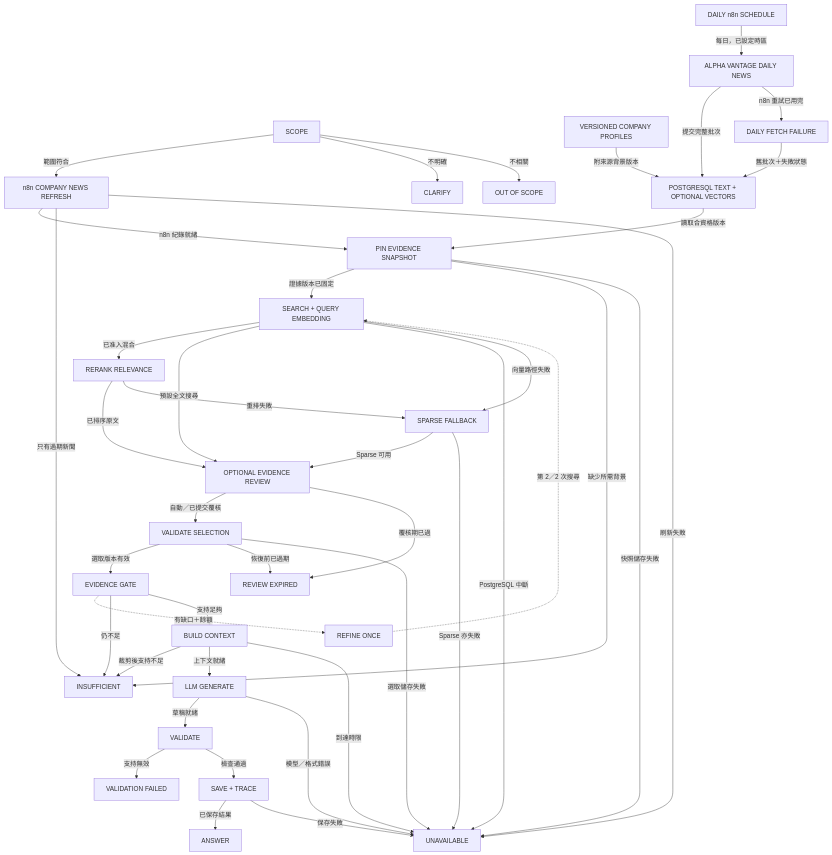
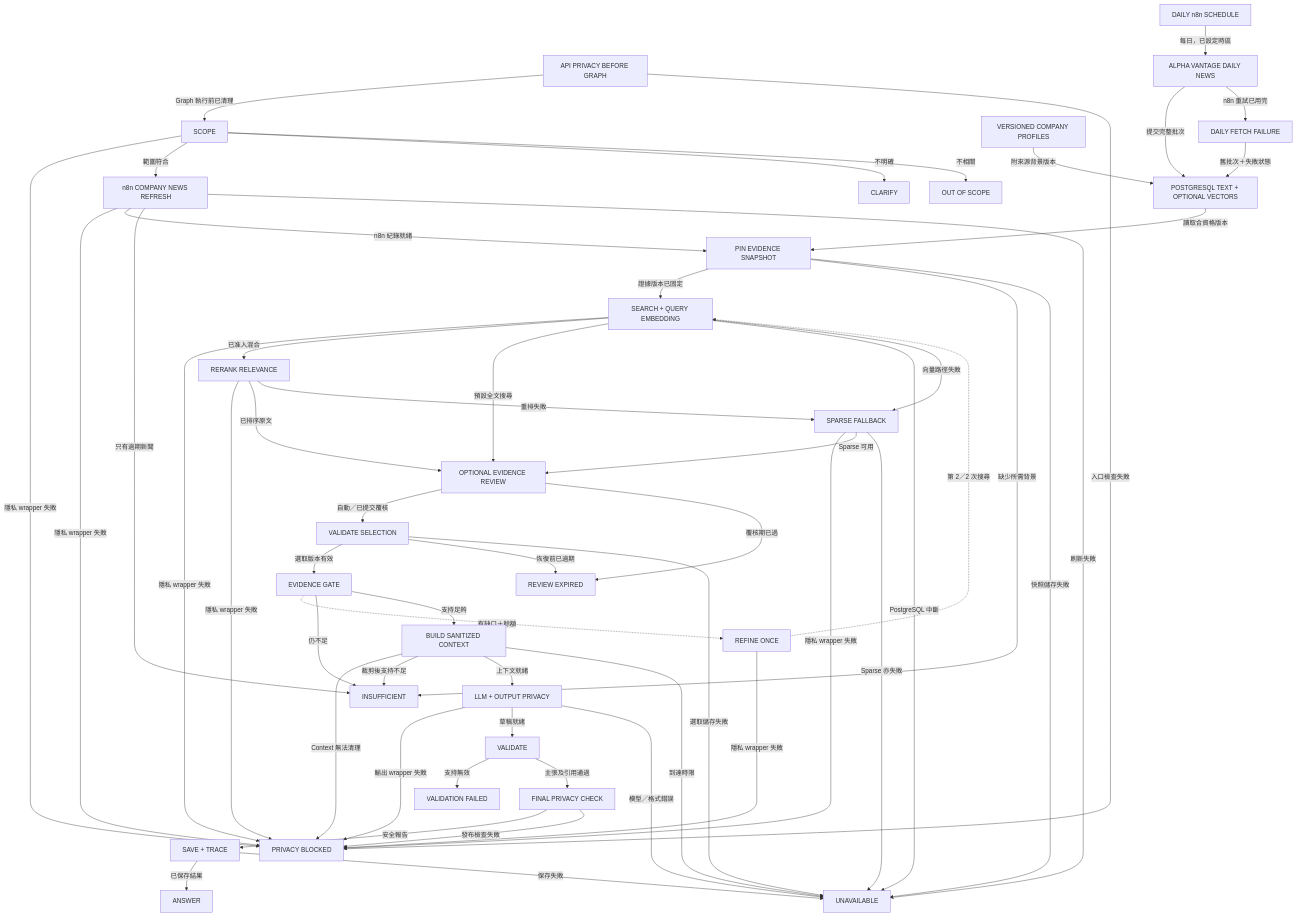
The diagram in public/downloads/finance-diagrams/overall-zh.mmd (ByronHo68/ai-learning-academy), drawn with Mermaid before and after one commit. The commit also changed 64 other files, not shown here.

```diff
--- a/public/downloads/finance-diagrams/overall-zh.mmd
+++ b/public/downloads/finance-diagrams/overall-zh.mmd
@@ -1,68 +1,83 @@
 flowchart TD
-  n0["SCOPE"]
-  n1["n8n COMPANY NEWS REFRESH"]
-  n2["PIN EVIDENCE SNAPSHOT"]
-  n3["SEARCH + QUERY EMBEDDING"]
-  n4["RERANK RELEVANCE"]
-  n5["SPARSE FALLBACK"]
-  n6["OPTIONAL EVIDENCE REVIEW"]
-  n7["VALIDATE SELECTION"]
-  n8["REVIEW EXPIRED"]
-  n9["EVIDENCE GATE"]
-  n10["REFINE ONCE"]
-  n11["BUILD CONTEXT"]
-  n12["LLM GENERATE"]
-  n13["VALIDATE"]
-  n14["SAVE + TRACE"]
-  n15["ANSWER"]
-  n16["INSUFFICIENT"]
-  n17["OUT OF SCOPE"]
-  n18["CLARIFY"]
-  n19["UNAVAILABLE"]
-  n20["VALIDATION FAILED"]
-  n21["DAILY n8n SCHEDULE"]
-  n22["ALPHA VANTAGE DAILY NEWS"]
-  n23["VERSIONED COMPANY PROFILES"]
-  n24["POSTGRESQL TEXT + OPTIONAL VECTORS"]
-  n25["DAILY FETCH FAILURE"]
-  n0 -- "範圍符合" --> n1
-  n0 -- "不明確" --> n18
-  n0 -- "不相關" --> n17
-  n1 -- "n8n 紀錄就緒" --> n2
-  n2 -- "證據版本已固定" --> n3
-  n2 -- "缺少所需背景" --> n16
-  n2 -- "快照儲存失敗" --> n19
-  n1 -- "只有過期新聞" --> n16
-  n1 -- "刷新失敗" --> n19
-  n3 -- "已准入混合" --> n4
-  n3 -- "預設全文搜尋" --> n6
-  n3 -- "PostgreSQL 中斷" --> n19
-  n3 -- "向量路徑失敗" --> n5
-  n4 -- "已排序原文" --> n6
-  n4 -- "重排失敗" --> n5
-  n5 -- "Sparse 可用" --> n6
-  n5 -- "Sparse 亦失敗" --> n19
-  n6 -- "自動／已提交覆核" --> n7
-  n6 -- "覆核期已過" --> n8
-  n7 -- "選取版本有效" --> n9
-  n7 -- "恢復前已過期" --> n8
-  n7 -- "選取儲存失敗" --> n19
-  n9 -. "有缺口＋餘額" .-> n10
-  n10 -. "第 2／2 次搜尋" .-> n3
-  n9 -- "仍不足" --> n16
-  n9 -- "支持足夠" --> n11
-  n11 -- "裁剪後支持不足" --> n16
-  n11 -- "上下文就緒" --> n12
-  n11 -- "到達時限" --> n19
-  n12 -- "草稿就緒" --> n13
-  n12 -- "模型／格式錯誤" --> n19
-  n13 -- "支持無效" --> n20
-  n13 -- "檢查通過" --> n14
-  n14 -- "已保存結果" --> n15
-  n14 -- "保存失敗" --> n19
-  n21 -- "每日，已設定時區" --> n22
-  n22 -- "提交完整批次" --> n24
-  n22 -- "n8n 重試已用完" --> n25
-  n25 -- "舊批次＋失敗狀態" --> n24
-  n23 -- "附來源背景版本" --> n24
-  n24 -- "讀取合資格版本" --> n2
+  n0["API PRIVACY BEFORE GRAPH"]
+  n1["PRIVACY BLOCKED"]
+  n2["FINAL PRIVACY CHECK"]
+  n3["SCOPE"]
+  n4["n8n COMPANY NEWS REFRESH"]
+  n5["PIN EVIDENCE SNAPSHOT"]
+  n6["SEARCH + QUERY EMBEDDING"]
+  n7["RERANK RELEVANCE"]
+  n8["SPARSE FALLBACK"]
+  n9["OPTIONAL EVIDENCE REVIEW"]
+  n10["VALIDATE SELECTION"]
+  n11["REVIEW EXPIRED"]
+  n12["EVIDENCE GATE"]
+  n13["REFINE ONCE"]
+  n14["BUILD SANITIZED CONTEXT"]
+  n15["LLM + OUTPUT PRIVACY"]
+  n16["VALIDATE"]
+  n17["SAVE + TRACE"]
+  n18["ANSWER"]
+  n19["INSUFFICIENT"]
+  n20["OUT OF SCOPE"]
+  n21["CLARIFY"]
+  n22["UNAVAILABLE"]
+  n23["VALIDATION FAILED"]
+  n24["DAILY n8n SCHEDULE"]
+  n25["ALPHA VANTAGE DAILY NEWS"]
+  n26["VERSIONED COMPANY PROFILES"]
+  n27["POSTGRESQL TEXT + OPTIONAL VECTORS"]
+  n28["DAILY FETCH FAILURE"]
+  n0 -- "Graph 執行前已清理" --> n3
+  n0 -- "入口檢查失敗" --> n1
+  n3 -- "隱私 wrapper 失敗" --> n1
+  n4 -- "隱私 wrapper 失敗" --> n1
+  n6 -- "隱私 wrapper 失敗" --> n1
+  n7 -- "隱私 wrapper 失敗" --> n1
+  n8 -- "隱私 wrapper 失敗" --> n1
+  n13 -- "隱私 wrapper 失敗" --> n1
+  n14 -- "Context 無法清理" --> n1
+  n15 -- "輸出 wrapper 失敗" --> n1
+  n2 -- "安全報告" --> n17
+  n2 -- "發布檢查失敗" --> n1
+  n3 -- "範圍符合" --> n4
+  n3 -- "不明確" --> n21
+  n3 -- "不相關" --> n20
+  n4 -- "n8n 紀錄就緒" --> n5
+  n5 -- "證據版本已固定" --> n6
+  n5 -- "缺少所需背景" --> n19
+  n5 -- "快照儲存失敗" --> n22
+  n4 -- "只有過期新聞" --> n19
+  n4 -- "刷新失敗" --> n22
+  n6 -- "已准入混合" --> n7
+  n6 -- "預設全文搜尋" --> n9
+  n6 -- "PostgreSQL 中斷" --> n22
+  n6 -- "向量路徑失敗" --> n8
+  n7 -- "已排序原文" --> n9
+  n7 -- "重排失敗" --> n8
+  n8 -- "Sparse 可用" --> n9
+  n8 -- "Sparse 亦失敗" --> n22
+  n9 -- "自動／已提交覆核" --> n10
+  n9 -- "覆核期已過" --> n11
+  n10 -- "選取版本有效" --> n12
+  n10 -- "恢復前已過期" --> n11
+  n10 -- "選取儲存失敗" --> n22
+  n12 -. "有缺口＋餘額" .-> n13
+  n13 -. "第 2／2 次搜尋" .-> n6
+  n12 -- "仍不足" --> n19
+  n12 -- "支持足夠" --> n14
+  n14 -- "裁剪後支持不足" --> n19
+  n14 -- "上下文就緒" --> n15
+  n14 -- "到達時限" --> n22
+  n15 -- "草稿就緒" --> n16
+  n15 -- "模型／格式錯誤" --> n22
+  n16 -- "支持無效" --> n23
+  n16 -- "主張及引用通過" --> n2
+  n17 -- "已保存結果" --> n18
+  n17 -- "保存失敗" --> n22
+  n24 -- "每日，已設定時區" --> n25
+  n25 -- "提交完整批次" --> n27
+  n25 -- "n8n 重試已用完" --> n28
+  n28 -- "舊批次＋失敗狀態" --> n27
+  n26 -- "附來源背景版本" --> n27
+  n27 -- "讀取合資格版本" --> n5
```
